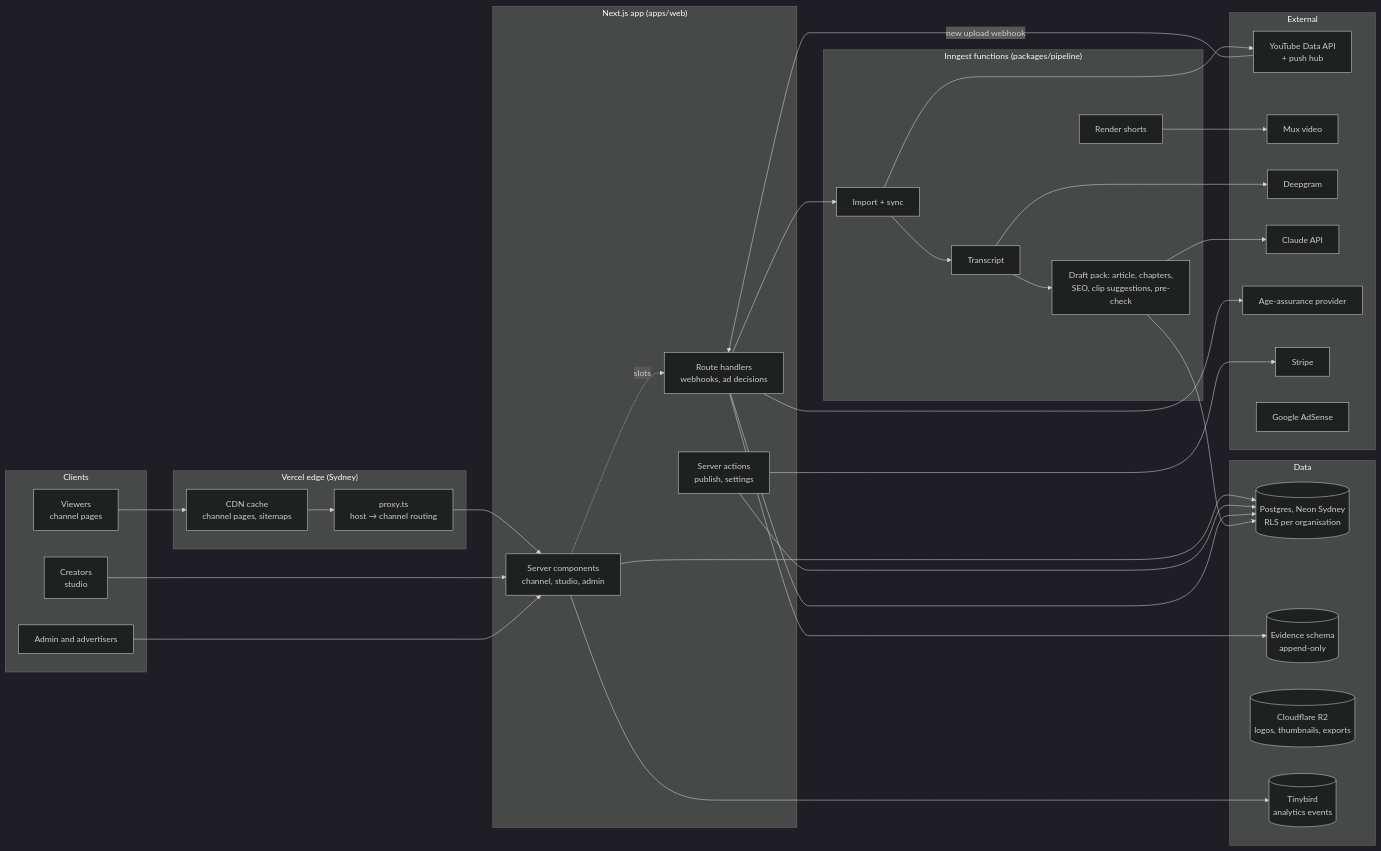
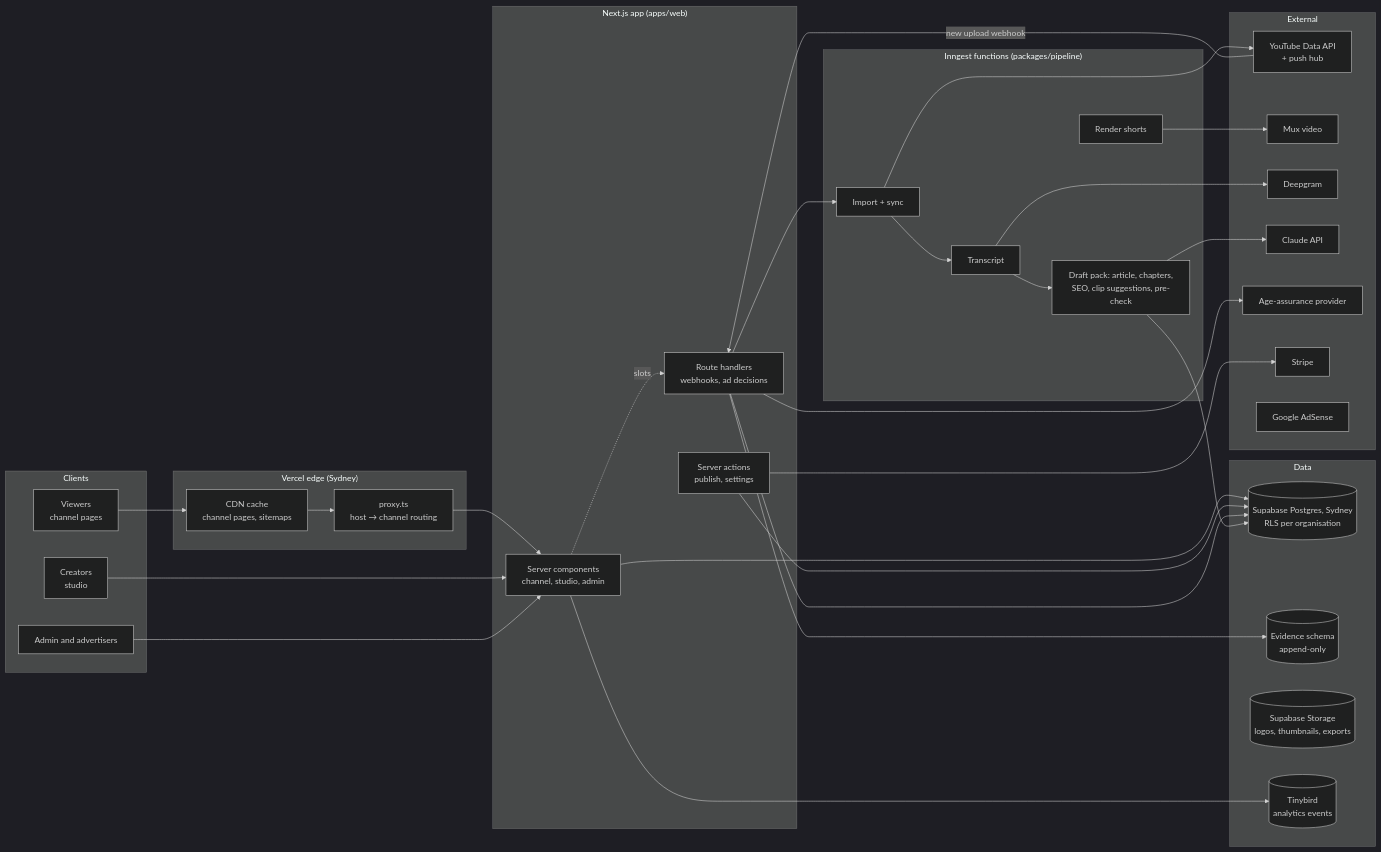
The first of 2 diagrams in docs/build-plan.md (Dan-Kovac/Contentbase), drawn with Mermaid (dark theme) before and after one commit. The commit also changed other lines of this file, not shown here.

First line of the commit message:
Build plan: Vercel + Supabase (database, auth, storage) confirmed

````diff
--- a/docs/build-plan.md
+++ b/docs/build-plan.md
@@ -16,55 +16,55 @@
 ```mermaid
 flowchart LR
   subgraph Clients
     V[Viewers<br/>channel pages]
     C[Creators<br/>studio]
     A[Admin and advertisers]
   end
   subgraph Edge["Vercel edge (Sydney)"]
     CDN[CDN cache<br/>channel pages, sitemaps]
     MW[proxy.ts<br/>host → channel routing]
   end
   subgraph App["Next.js app (apps/web)"]
     RSC[Server components<br/>channel, studio, admin]
     SA[Server actions<br/>publish, settings]
     API[Route handlers<br/>webhooks, ad decisions]
   end
   subgraph Jobs["Inngest functions (packages/pipeline)"]
     IMP[Import + sync]
     TR[Transcript]
     AI[Draft pack: article, chapters,<br/>SEO, clip suggestions, pre-check]
     REN[Render shorts]
   end
   subgraph Data
-    PG[(Postgres, Neon Sydney<br/>RLS per organisation)]
+    PG[(Supabase Postgres, Sydney<br/>RLS per organisation)]
     EV[(Evidence schema<br/>append-only)]
-    R2[(Cloudflare R2<br/>logos, thumbnails, exports)]
+    ST2[(Supabase Storage<br/>logos, thumbnails, exports)]
     TB[(Tinybird<br/>analytics events)]
   end
   subgraph External
     YT[YouTube Data API<br/>+ push hub]
     MUX[Mux video]
     DG[Deepgram]
     CL[Claude API]
     AA[Age-assurance provider]
     ST[Stripe]
     GS[Google AdSense]
   end
   V --> CDN --> MW --> RSC
   C --> RSC
   A --> RSC
   RSC --> PG
   SA --> PG
   API --> PG
   API --> EV
   YT -- new upload webhook --> API --> IMP
   IMP --> YT
   IMP --> TR --> AI --> PG
   TR --> DG
   AI --> CL
   REN --> MUX
   RSC --> TB
   API --> AA
   SA --> ST
   RSC -.slots.-> API
 ```
````
